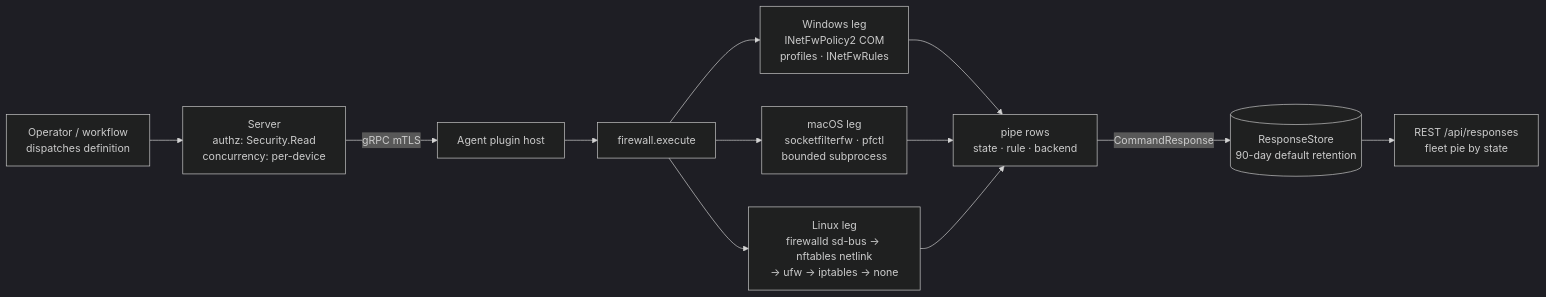
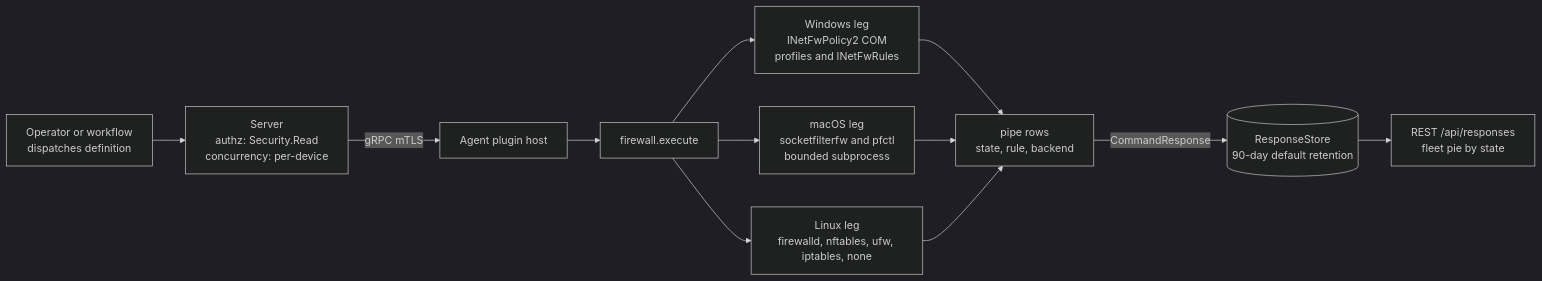
Before and after one commit to DevNullLtd/Yuzu: the first of 3 diagrams in agents/plugins/firewall/README.md, drawn with Mermaid (dark theme). The commit also changed other lines of this file and 5 other files, not shown here.

````diff
--- a/agents/plugins/firewall/README.md
+++ b/agents/plugins/firewall/README.md
@@ -21,12 +25,12 @@
 ```mermaid
 flowchart LR
-  OP[Operator / workflow<br/>dispatches definition] --> SRV[Server<br/>authz: Security.Read<br/>concurrency: per-device]
-  SRV -- gRPC mTLS --> HOST[Agent plugin host]
-  HOST --> EX[firewall.execute]
-  EX --> WIN[Windows leg<br/>INetFwPolicy2 COM<br/>profiles · INetFwRules]
-  EX --> MAC[macOS leg<br/>socketfilterfw · pfctl<br/>bounded subprocess]
-  EX --> LIN[Linux leg<br/>firewalld sd-bus → nftables netlink<br/>→ ufw → iptables → none]
-  WIN & MAC & LIN --> ROWS[pipe rows<br/>state · rule · backend]
-  ROWS -- CommandResponse --> RS[(ResponseStore<br/>90-day default retention)]
-  RS --> API[REST /api/responses<br/>fleet pie by state]
+  OP["Operator or workflow<br/>dispatches definition"] --> SRV["Server<br/>authz: Security.Read<br/>concurrency: per-device"]
+  SRV -- "gRPC mTLS" --> HOST["Agent plugin host"]
+  HOST --> EX["firewall.execute"]
+  EX --> WIN["Windows leg<br/>INetFwPolicy2 COM<br/>profiles and INetFwRules"]
+  EX --> MAC["macOS leg<br/>socketfilterfw and pfctl<br/>bounded subprocess"]
+  EX --> LIN["Linux leg<br/>firewalld, nftables, ufw, iptables, none"]
+  WIN & MAC & LIN --> ROWS["pipe rows<br/>state, rule, backend"]
+  ROWS -- "CommandResponse" --> RS[("ResponseStore<br/>90-day default retention")]
+  RS --> API["REST /api/responses<br/>fleet pie by state"]
 ```
````
